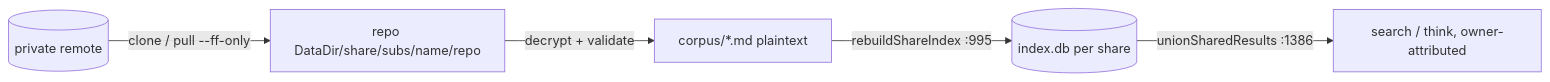
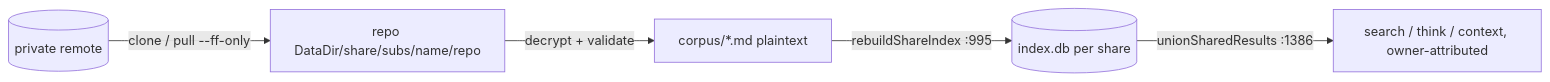
The second of 2 diagrams in docs/architecture/13-sharing.md (pyranthus-hq/mora), drawn with Mermaid before and after one commit. The commit also changed other lines of this file and 14 other files, not shown here.

````diff
--- a/docs/architecture/13-sharing.md
+++ b/docs/architecture/13-sharing.md
@@ -37,7 +37,7 @@
 ```mermaid
 flowchart LR
     R[(private remote)] -->|clone / pull --ff-only| C[repo DataDir/share/subs/name/repo]
     C -->|decrypt + validate| P[corpus/*.md plaintext]
     P -->|rebuildShareIndex :995| I[(index.db per share)]
-    I -->|unionSharedResults :1386| Q[search / think, owner-attributed]
+    I -->|unionSharedResults :1386| Q[search / think / context, owner-attributed]
 ```
````
